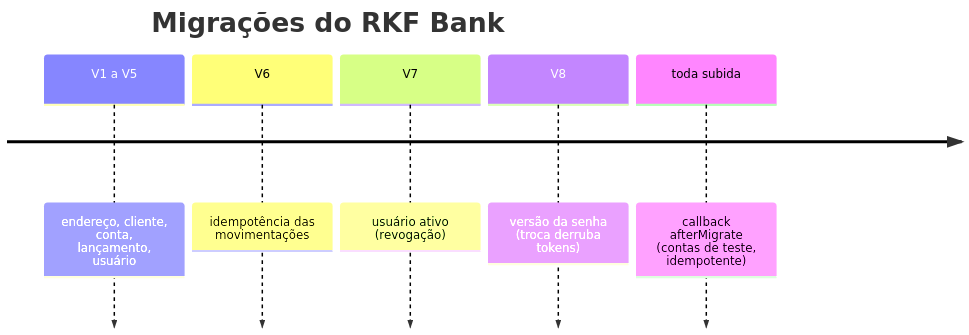
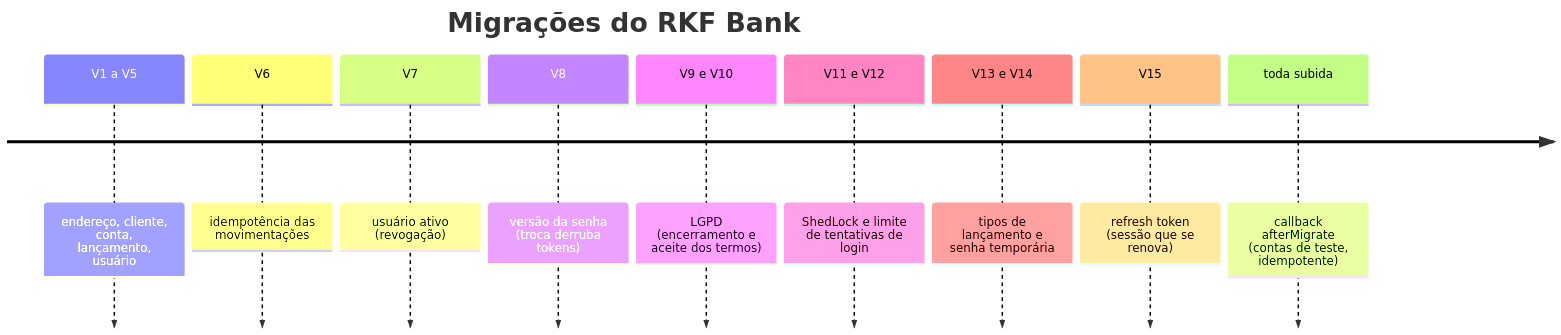
One commit to k3vinrich4rd/k3vinrich4rd changed the fifth of 22 diagrams in README.md. Above: the diagram before and after it, drawn with Mermaid. The commit also changed other lines of this file and 5 other files, not shown here.

````diff
--- a/README.md
+++ b/README.md
@@ -620,9 +621,13 @@
 ```mermaid
 timeline
     title Migrações do RKF Bank
     V1 a V5 : endereço, cliente, conta, lançamento, usuário
     V6 : idempotência das movimentações
     V7 : usuário ativo (revogação)
     V8 : versão da senha (troca derruba tokens)
+    V9 e V10 : LGPD (encerramento e aceite dos termos)
+    V11 e V12 : ShedLock e limite de tentativas de login
+    V13 e V14 : tipos de lançamento e senha temporária
+    V15 : refresh token (sessão que se renova)
     toda subida : callback afterMigrate (contas de teste, idempotente)
 ```
````
